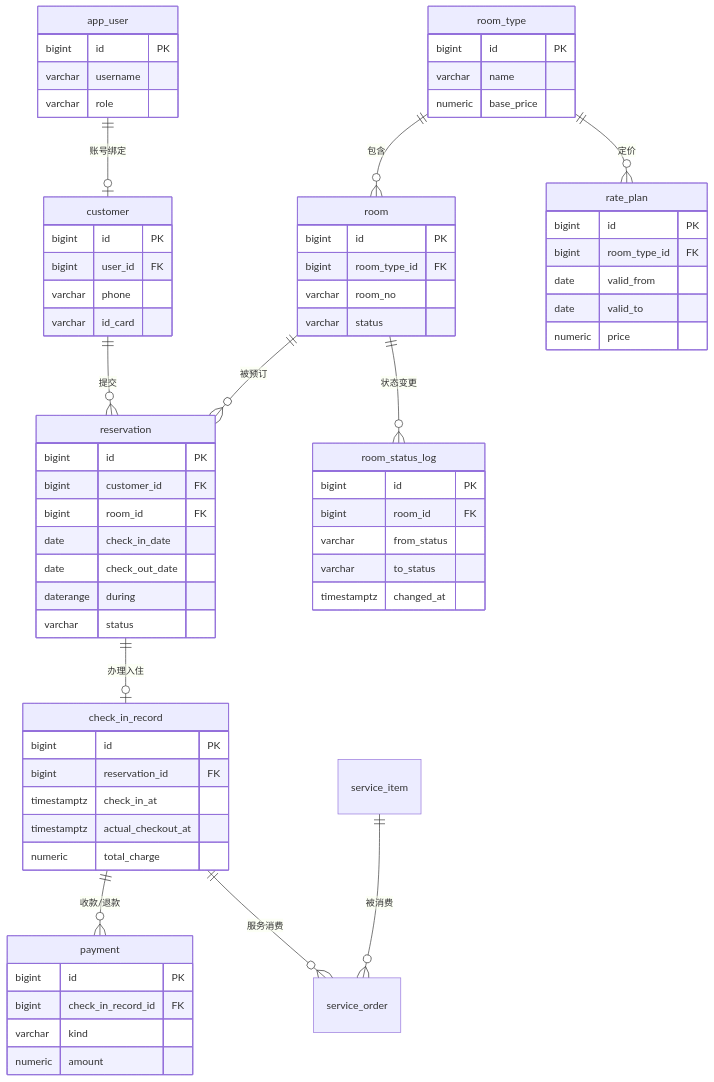
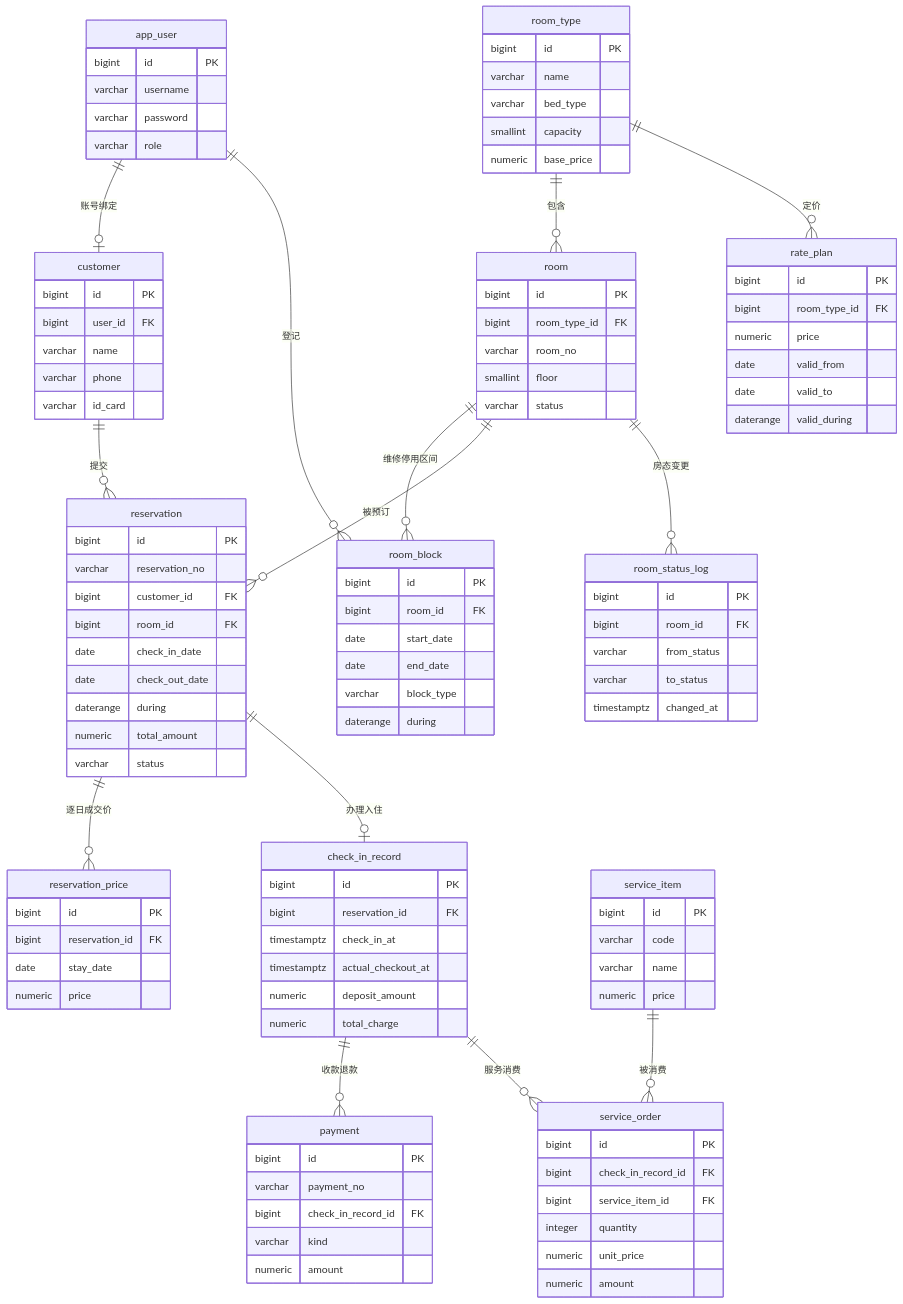
One commit to EdwardXiao-bit/yunqi-hotel-pms changed the first of 3 diagrams in docs/02-数据库设计.md. Above: the diagram before and after it, drawn with Mermaid. The commit also changed other lines of this file and 17 other files, not shown here.

First line of the commit message:
feat(db): 13 表口径落地并 psql 实跑通过（4 态房态 / room_block / reservation_price）

````diff
--- a/docs/02-数据库设计.md
+++ b/docs/02-数据库设计.md
@@ -43,60 +47,87 @@
     customer ||--o{ reservation : "提交"
     room_type ||--o{ room : "包含"
     room_type ||--o{ rate_plan : "定价"
+    room ||--o{ room_block : "维修停用区间"
     room ||--o{ reservation : "被预订"
+    reservation ||--o{ reservation_price : "逐日成交价"
     reservation ||--o| check_in_record : "办理入住"
-    check_in_record ||--o{ payment : "收款/退款"
+    check_in_record ||--o{ payment : "收款退款"
     check_in_record ||--o{ service_order : "服务消费"
     service_item ||--o{ service_order : "被消费"
-    room ||--o{ room_status_log : "状态变更"
+    room ||--o{ room_status_log : "房态变更"
+    app_user ||--o{ room_block : "登记"
 
     app_user {
         bigint id PK
         varchar username
+        varchar password
         varchar role
     }
     customer {
         bigint id PK
         bigint user_id FK
+        varchar name
         varchar phone
         varchar id_card
     }
     room_type {
         bigint id PK
         varchar name
+        varchar bed_type
+        smallint capacity
         numeric base_price
     }
     room {
         bigint id PK
         bigint room_type_id FK
         varchar room_no
+        smallint floor
         varchar status
+    }
+    room_block {
+        bigint id PK
+        bigint room_id FK
+        date start_date
+        date end_date
+        varchar block_type
+        daterange during
     }
     rate_plan {
         bigint id PK
         bigint room_type_id FK
+        numeric price
         date valid_from
         date valid_to
-        numeric price
+        daterange valid_during
     }
     reservation {
         bigint id PK
+        varchar reservation_no
         bigint customer_id FK
         bigint room_id FK
         date check_in_date
         date check_out_date
         daterange during
+        numeric total_amount
         varchar status
+    }
+    reservation_price {
+        bigint id PK
+        bigint reservation_id FK
+        date stay_date
+        numeric price
     }
     check_in_record {
         bigint id PK
         bigint reservation_id FK
         timestamptz check_in_at
         timestamptz actual_checkout_at
+        numeric deposit_amount
         numeric total_charge
     }
     payment {
         bigint id PK
+        varchar payment_no
         bigint check_in_record_id FK
         varchar kind
         numeric amount
@@ -108,4 +139,18 @@
         varchar to_status
         timestamptz changed_at
     }
+    service_item {
+        bigint id PK
+        varchar code
+        varchar name
+        numeric price
+    }
+    service_order {
+        bigint id PK
+        bigint check_in_record_id FK
+        bigint service_item_id FK
+        integer quantity
+        numeric unit_price
+        numeric amount
+    }
 ```
````
